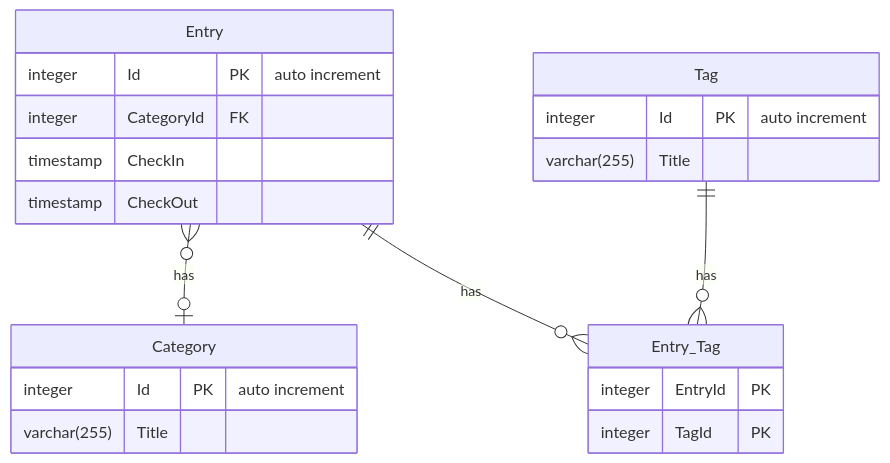
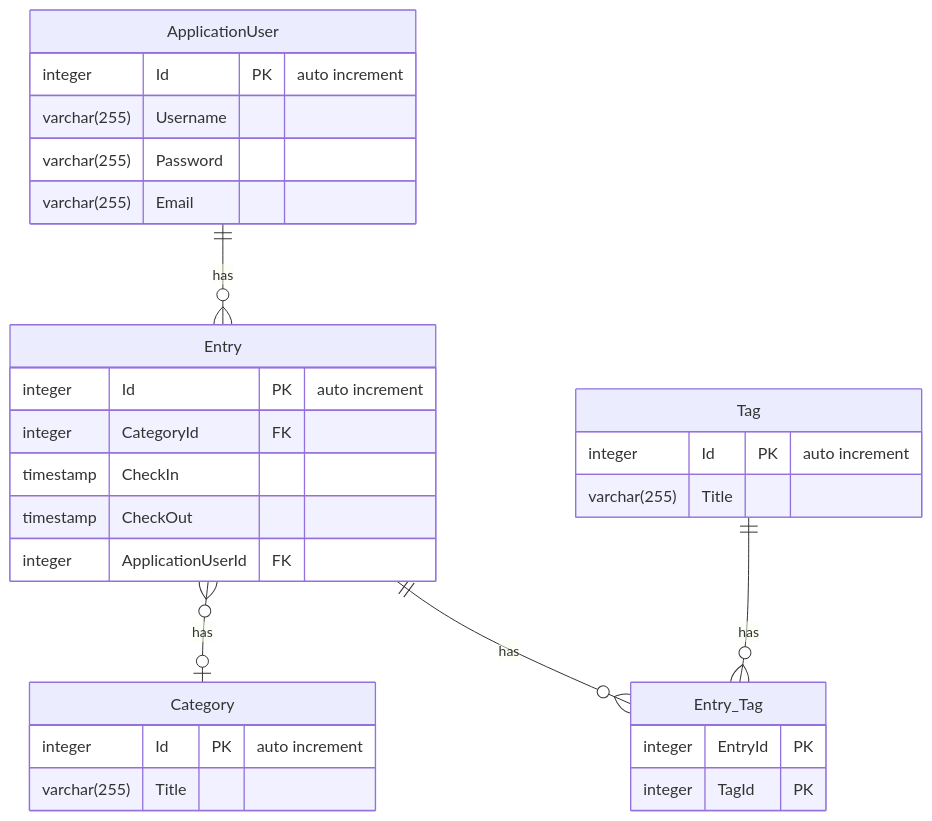
Before and after one commit to debangerter/m223-punchclock-dbangert: the third of 9 diagrams in readme.md, drawn with Mermaid. The commit also changed other lines of this file, not shown here.

````diff
--- a/readme.md
+++ b/readme.md
@@ -65,28 +65,37 @@
 ```mermaid
 erDiagram
     Entry {
         integer Id PK "auto increment"
         integer CategoryId FK
         timestamp CheckIn
         timestamp CheckOut
+        integer ApplicationUserId FK
     }
     
     Category {
         integer Id PK "auto increment"
         varchar(255) Title
     }
     
     Tag {
         integer Id PK "auto increment"
         varchar(255) Title
     }
     
     Entry_Tag {
         integer EntryId PK
         integer TagId PK
     }
     
+    ApplicationUser {
+        integer Id PK "auto increment"
+        varchar(255) Username
+        varchar(255) Password
+        varchar(255) Email
+    }
+    
     Entry }o--o| Category : has
     Entry ||--o{ Entry_Tag : has
     Tag ||--o{ Entry_Tag : has
+    ApplicationUser ||--o{ Entry : has
 ```
````
